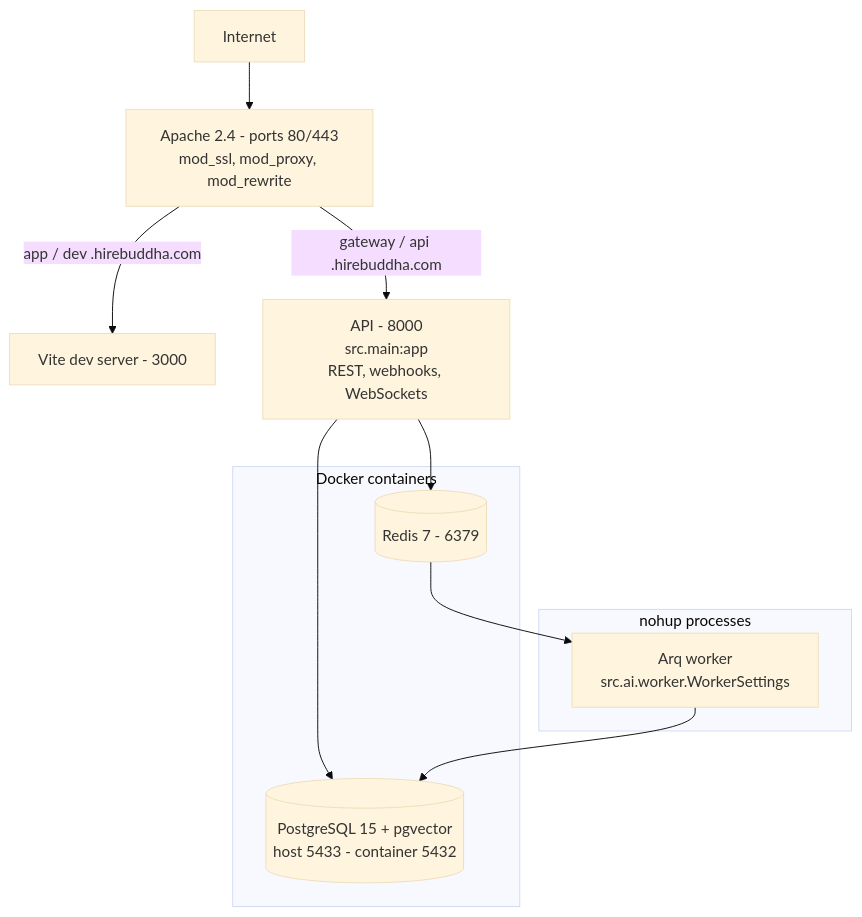
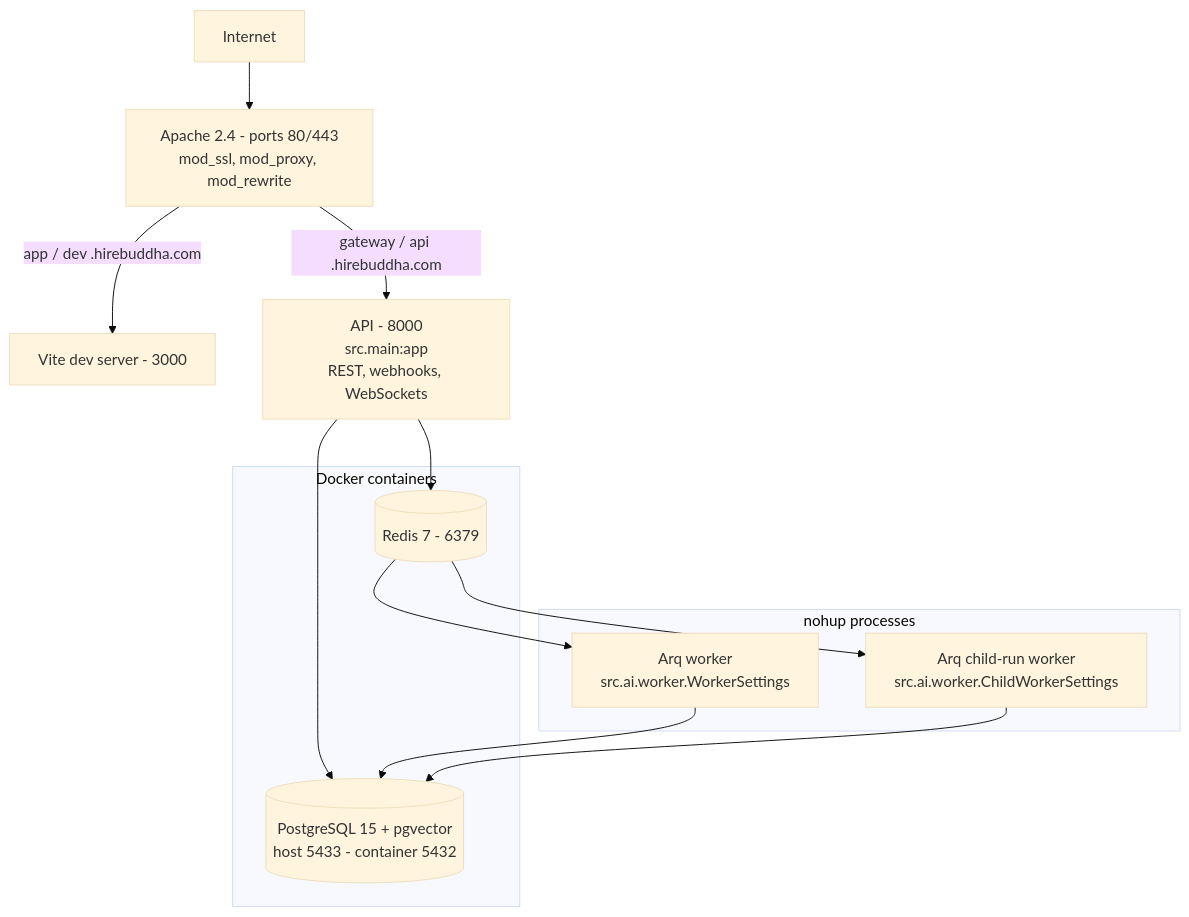
The first of 16 diagrams in docs/current/18-infrastructure-and-deployment.md (gondolerahul/hire-buddha-app), drawn with Mermaid (base theme) before and after one commit. The commit also changed other lines of this file and 16 other files, not shown here.

````diff
--- a/docs/current/18-infrastructure-and-deployment.md
+++ b/docs/current/18-infrastructure-and-deployment.md
@@ -40,21 +40,24 @@
 ```mermaid
 graph TB
     NET["Internet"] --> AP["Apache 2.4 - ports 80/443<br/>mod_ssl, mod_proxy, mod_rewrite"]
 
     AP -->|app / dev .hirebuddha.com| FE["Vite dev server - 3000"]
     AP -->|gateway / api .hirebuddha.com| BE["API - 8000<br/>src.main:app<br/>REST, webhooks, WebSockets"]
 
     subgraph Docker["Docker containers"]
         PG[("PostgreSQL 15 + pgvector<br/>host 5433 - container 5432")]
         RD[("Redis 7 - 6379")]
     end
 
     subgraph Background["nohup processes"]
         WK["Arq worker<br/>src.ai.worker.WorkerSettings"]
+        CW["Arq child-run worker<br/>src.ai.worker.ChildWorkerSettings"]
     end
 
     BE --> PG
     BE --> RD
     RD --> WK
+    RD --> CW
     WK --> PG
+    CW --> PG
 ```
````
